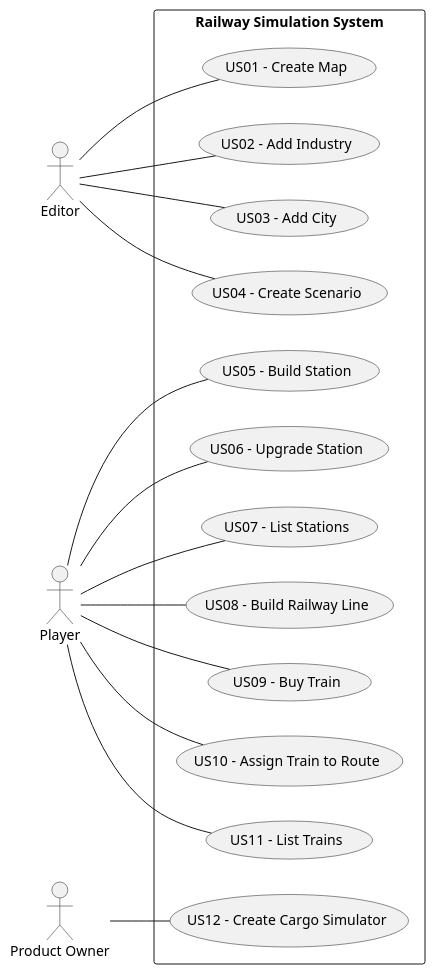
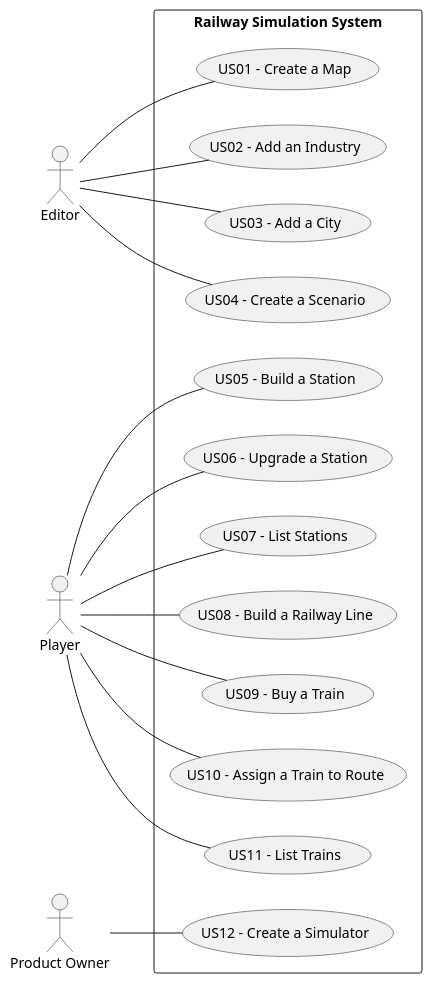
Before and after one commit to HenriqueSilva18/Railway-Network-Simulator: the diagram in docs/system-documentation/global-artifacts/01.requirements-engineering/puml/UCD.puml, drawn with PlantUML. The commit also changed 5 other files, not shown here.

```diff
--- a/docs/system-documentation/global-artifacts/01.requirements-engineering/puml/UCD.puml
+++ b/docs/system-documentation/global-artifacts/01.requirements-engineering/puml/UCD.puml
@@ -1,24 +1,24 @@
 @startuml
 left to right direction
 actor Editor
 actor Player
 actor "Product Owner" as PO
 
 rectangle "Railway Simulation System" {
-    
-    Editor -- (US01 - Create Map) 
-    Editor -- (US02 - Add Industry) 
-    Editor -- (US03 - Add City)
-    Editor -- (US04 - Create Scenario)
 
-    Player -- (US05 - Build Station)
-    Player -- (US06 - Upgrade Station)
+    Editor -- (US01 - Create a Map)
+    Editor -- (US02 - Add an Industry)
+    Editor -- (US03 - Add a City)
+    Editor -- (US04 - Create a Scenario)
+
+    Player -- (US05 - Build a Station)
+    Player -- (US06 - Upgrade a Station)
     Player -- (US07 - List Stations)
-    Player -- (US08 - Build Railway Line)
-    Player -- (US09 - Buy Train)
-    Player -- (US10 - Assign Train to Route)
+    Player -- (US08 - Build a Railway Line)
+    Player -- (US09 - Buy a Train)
+    Player -- (US10 - Assign a Train to Route)
     Player -- (US11 - List Trains)
 
-    PO -- (US12 - Create Cargo Simulator)
+    PO -- (US12 - Create a Simulator)
 }
 @enduml
```
